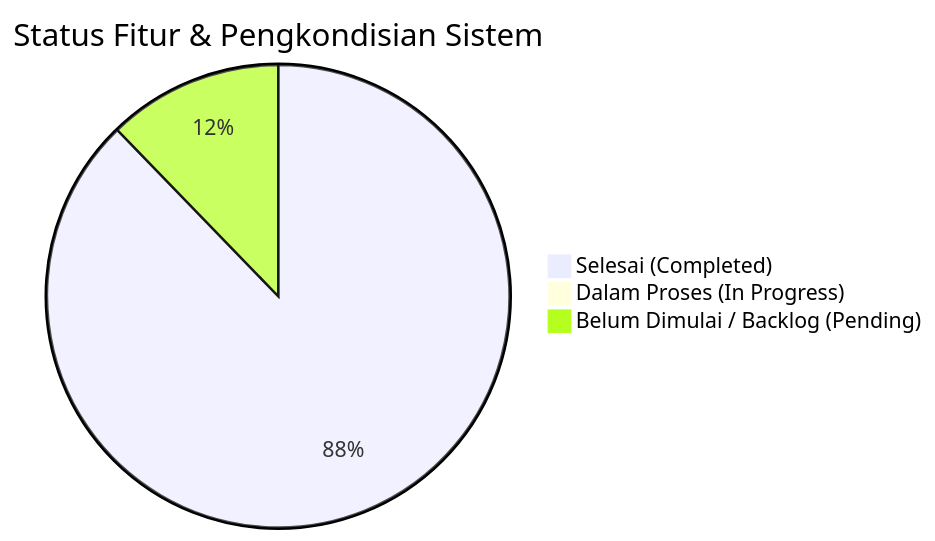
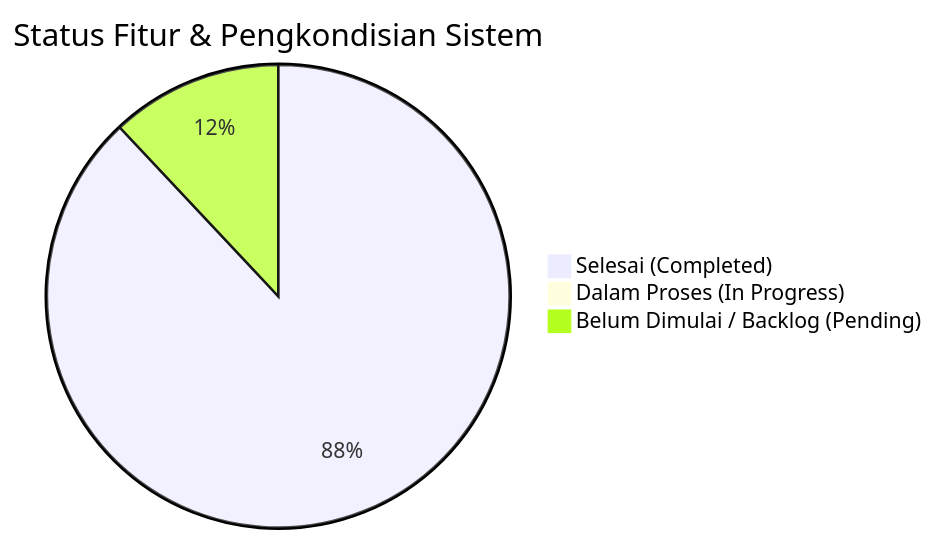
Before and after one commit to 4lliiifffff/pengembangan-presensi-pkbmpikat: the diagram in docs/progress_pengembangan_sistem_presensi.md, drawn with Mermaid. The commit also changed other lines of this file and 20 other files, not shown here.

````diff
--- a/docs/progress_pengembangan_sistem_presensi.md
+++ b/docs/progress_pengembangan_sistem_presensi.md
@@ -12,6 +12,6 @@
 ```mermaid
 pie title Status Fitur & Pengkondisian Sistem
-    "Selesai (Completed)" : 43
+    "Selesai (Completed)" : 44
     "Dalam Proses (In Progress)" : 0
     "Belum Dimulai / Backlog (Pending)" : 6
 ```
````
